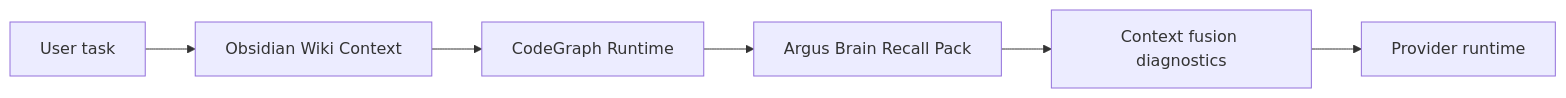
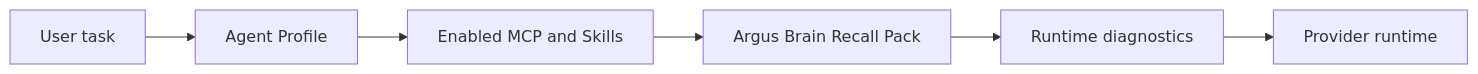
Before and after one commit to wyy-debug/AIINWORK: the diagram in claudecodeui/docs/knowledge/2026-05-18-argus-brain-runtime.md, drawn with Mermaid. The commit also changed other lines of this file and 130 other files, not shown here.

Commit message:
feat: converge runtime on Brain and MCP

````diff
--- a/claudecodeui/docs/knowledge/2026-05-18-argus-brain-runtime.md
+++ b/claudecodeui/docs/knowledge/2026-05-18-argus-brain-runtime.md
@@ -23,8 +22,8 @@
 ```mermaid
 flowchart LR
-  Command["User task"] --> Wiki["Obsidian Wiki Context"]
-  Wiki --> CodeGraph["CodeGraph Runtime"]
-  CodeGraph --> Brain["Argus Brain Recall Pack"]
-  Brain --> Fusion["Context fusion diagnostics"]
-  Fusion --> Provider["Provider runtime"]
+  Command["User task"] --> Profile["Agent Profile"]
+  Profile --> MCP["Enabled MCP and Skills"]
+  MCP --> Brain["Argus Brain Recall Pack"]
+  Brain --> Diagnostics["Runtime diagnostics"]
+  Diagnostics --> Provider["Provider runtime"]
 ```
````
